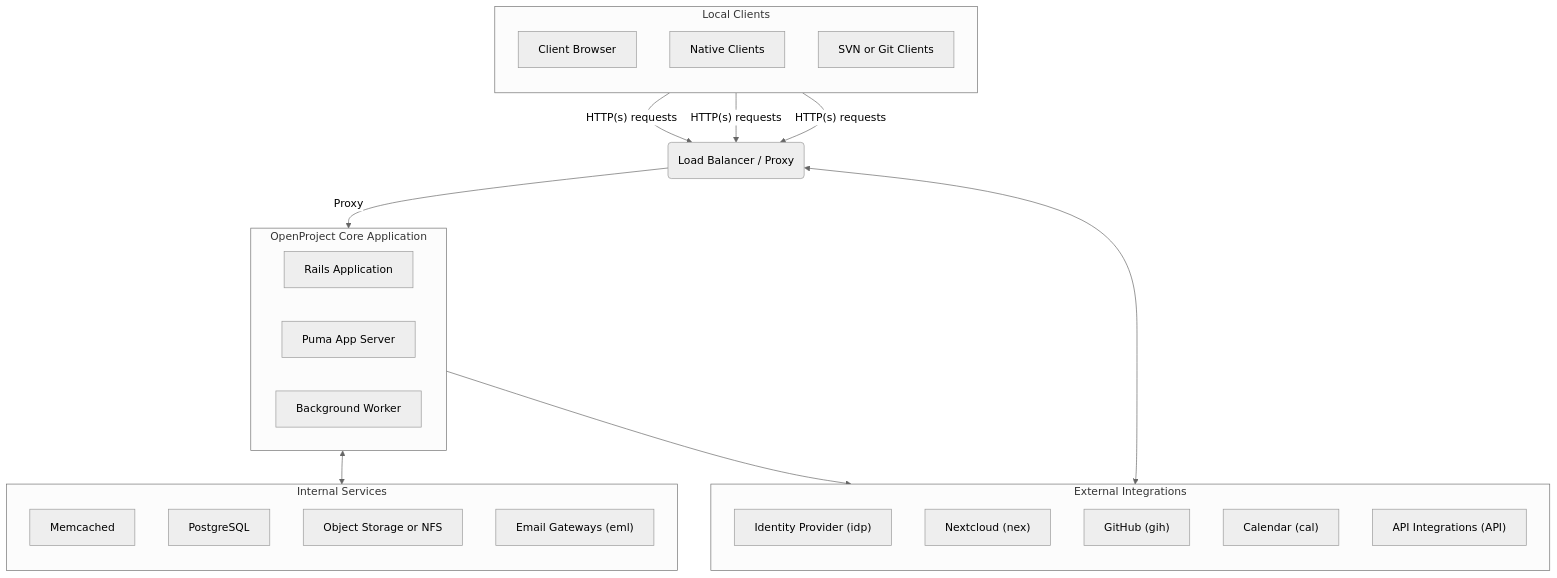
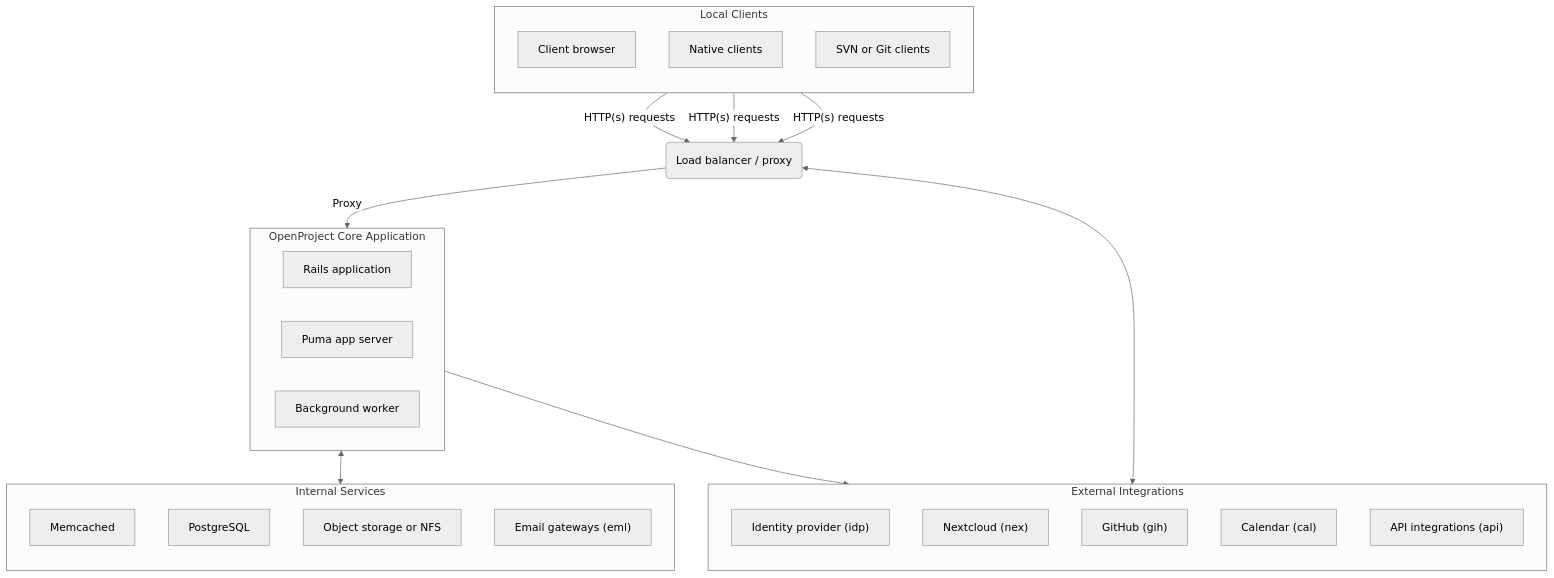
Before and after one commit to opf/openproject: the first of 7 diagrams in docs/development/data-flow/README.md, drawn with Mermaid. The commit also changed other lines of this file, not shown here.

Commit message:
Adding api integrations to the data flow docs and minor harmonizations

````diff
--- a/docs/development/data-flow/README.md
+++ b/docs/development/data-flow/README.md
@@ -177,54 +177,54 @@
 ```mermaid
 %%{init: {'theme':'neutral'}}%%
 
 flowchart TD
-  browser[Client Browser] -->|"HTTP(s) requests"| loadbalancer(Load Balancer / Proxy)
-  A1[Native Clients] -->|"HTTP(s) requests"| loadbalancer
-  A2[SVN or Git Clients] -->|"HTTP(s) requests"| loadbalancer
+  browser[Client browser] -->|"HTTP(s) requests"| loadbalancer(Load balancer / proxy)
+  A1[Native clients] -->|"HTTP(s) requests"| loadbalancer
+  A2[SVN or Git clients] -->|"HTTP(s) requests"| loadbalancer
   loadbalancer -->|Proxy| openproject
   
   subgraph openproject[OpenProject Core Application]
-    openprojectrailsapp[Rails Application]
-    C[Puma App Server]
-    D[Background Worker]
+    openprojectrailsapp[Rails application]
+    C[Puma app server]
+    D[Background worker]
   end
 
 
   subgraph integrations[External Integrations]
   direction TB
-    idp["Identity Provider (idp)"]
+    idp["Identity provider (idp)"]
     nex["Nextcloud (nex)"]
     gih["GitHub (gih)"]
     cal["Calendar (cal)"]
-  	O["API Integrations (API)"]
+  	O["API integrations (api)"]
  
 end
 
   subgraph services[Internal Services]
   direction TB
   	M[Memcached]
 	  P[PostgreSQL]
-	  S[Object Storage or NFS]
-	  email["Email Gateways (eml)"]
+	  S[Object storage or NFS]
+	  email["Email gateways (eml)"]
   end
 
 
   openproject <--> services
   openproject --> integrations
   loadbalancer <--> integrations
   
   subgraph localclients[Local Clients]
   direction TB
 	browser
 	A1
 	A2
 	
 	
 	
 	
 end
 
   
   
 
 ```
````
